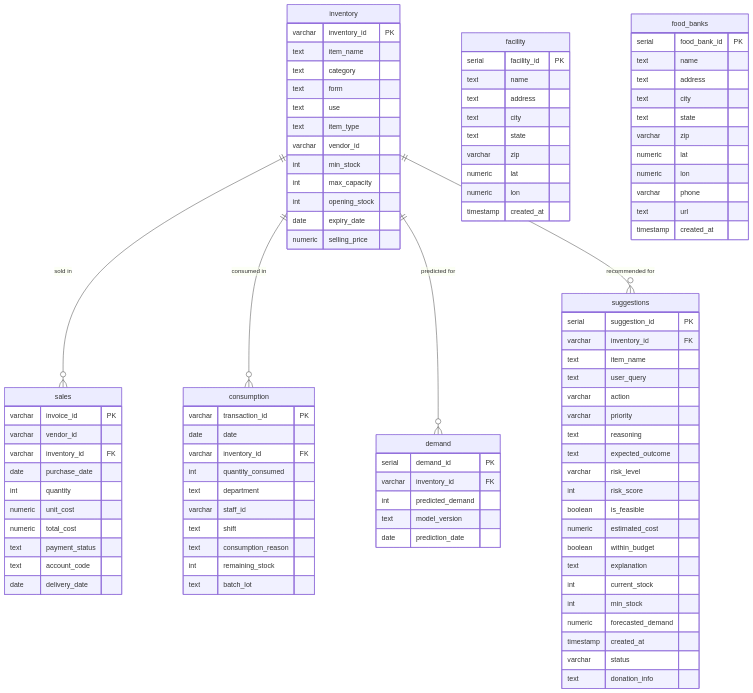
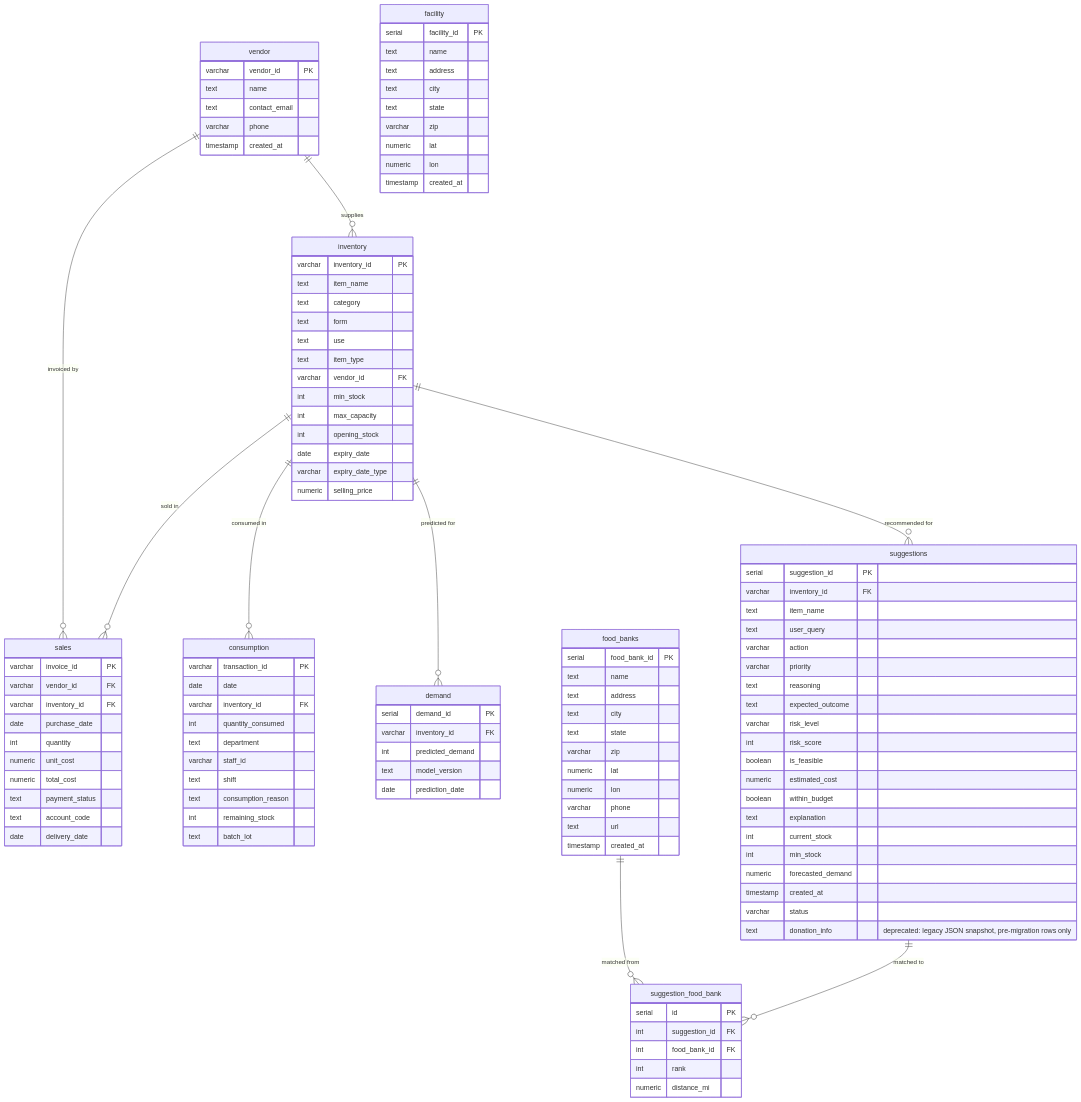
Before and after one commit to MeghaN28/SmartCartAI: the diagram in database/er-diagram-and-normalization.md, drawn with Mermaid. The commit also changed other lines of this file and 22 other files, not shown here.

First line of the commit message:
Address ISCAP review comments: DB normalization, real donation valuation, perishable-only analysis

```diff
--- a/database/er-diagram-and-normalization.md
+++ b/database/er-diagram-and-normalization.md
@@ -12,6 +12,10 @@
     inventory ||--o{ consumption : "consumed in"
     inventory ||--o{ demand : "predicted for"
     inventory ||--o{ suggestions : "recommended for"
+    vendor ||--o{ inventory : "supplies"
+    vendor ||--o{ sales : "invoiced by"
+    suggestions ||--o{ suggestion_food_bank : "matched to"
+    food_banks ||--o{ suggestion_food_bank : "matched from"
 
     inventory {
         varchar inventory_id PK
@@ -20,17 +24,26 @@
         text form
         text use
         text item_type
-        varchar vendor_id
+        varchar vendor_id FK
         int min_stock
         int max_capacity
         int opening_stock
         date expiry_date
+        varchar expiry_date_type
         numeric selling_price
+    }
+
+    vendor {
+        varchar vendor_id PK
+        text name
+        text contact_email
+        varchar phone
+        timestamp created_at
     }
 
     sales {
         varchar invoice_id PK
-        varchar vendor_id
+        varchar vendor_id FK
         varchar inventory_id FK
         date purchase_date
         int quantity
@@ -82,7 +95,15 @@
         numeric forecasted_demand
         timestamp created_at
         varchar status
-        text donation_info
+        text donation_info "deprecated: legacy JSON snapshot, pre-migration rows only"
+    }
+
+    suggestion_food_bank {
+        serial id PK
+        int suggestion_id FK
+        int food_bank_id FK
+        int rank
+        numeric distance_mi
     }
 
     facility {
```
